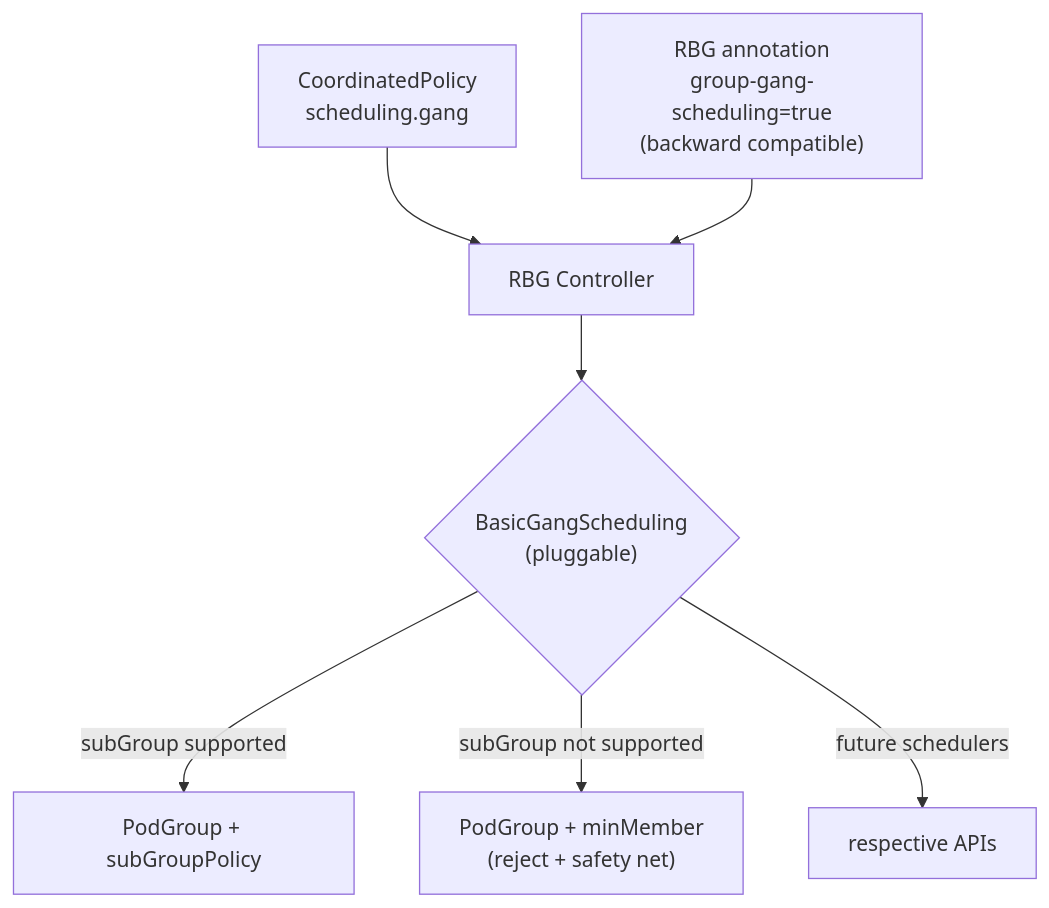
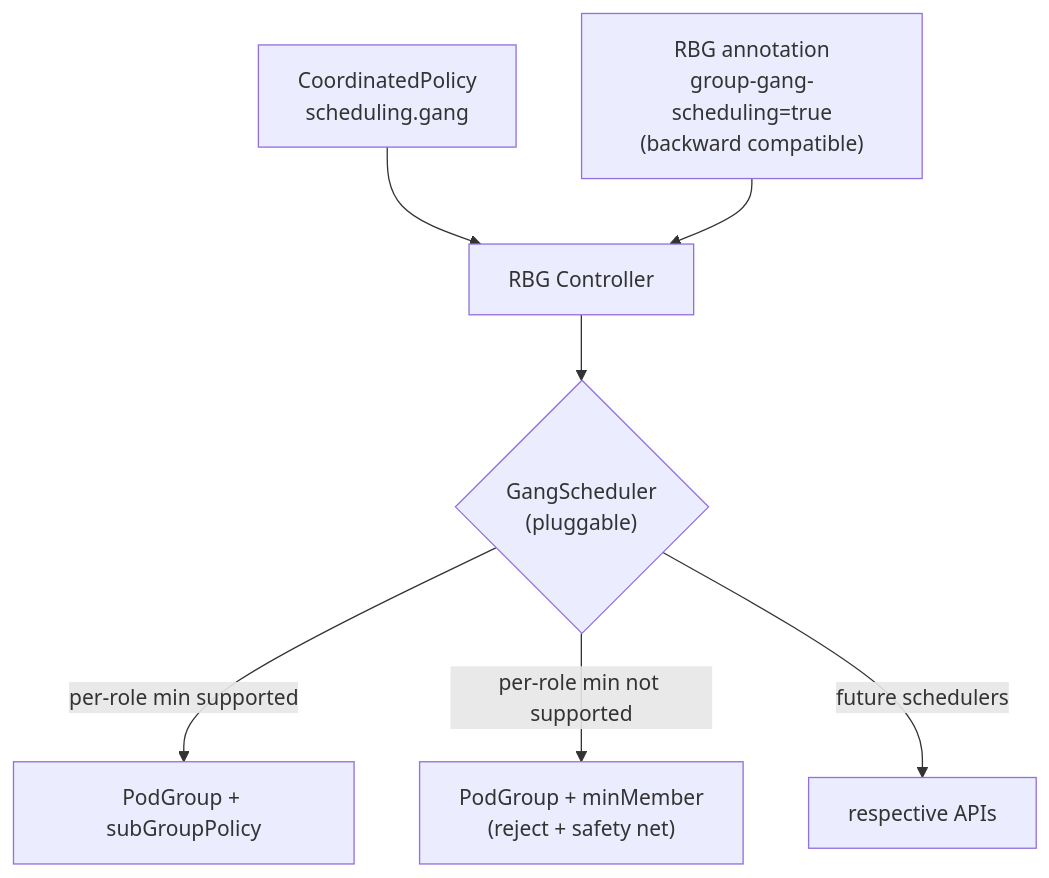
One commit to sgl-project/rbg changed the diagram in keps/430-gang-scheduling/README.md. Above: the diagram before and after it, drawn with Mermaid. The commit also changed other lines of this file, not shown here.

````diff
--- a/keps/430-gang-scheduling/README.md
+++ b/keps/430-gang-scheduling/README.md
@@ -130,9 +130,9 @@
 ```mermaid
 graph TD
     A["CoordinatedPolicy<br/>scheduling.gang"] --> C["RBG Controller"]
     B["RBG annotation<br/>group-gang-scheduling=true<br/>(backward compatible)"] --> C
-    C --> E{"BasicGangScheduling<br/>(pluggable)"}
-    E -->|"subGroup supported"| F["PodGroup + subGroupPolicy"]
-    E -->|"subGroup not supported"| G["PodGroup + minMember<br/>(reject + safety net)"]
+    C --> E{"GangScheduler<br/>(pluggable)"}
+    E -->|"per-role min supported"| F["PodGroup + subGroupPolicy"]
+    E -->|"per-role min not supported"| G["PodGroup + minMember<br/>(reject + safety net)"]
     E -->|"future schedulers"| H["respective APIs"]
 ```
````
